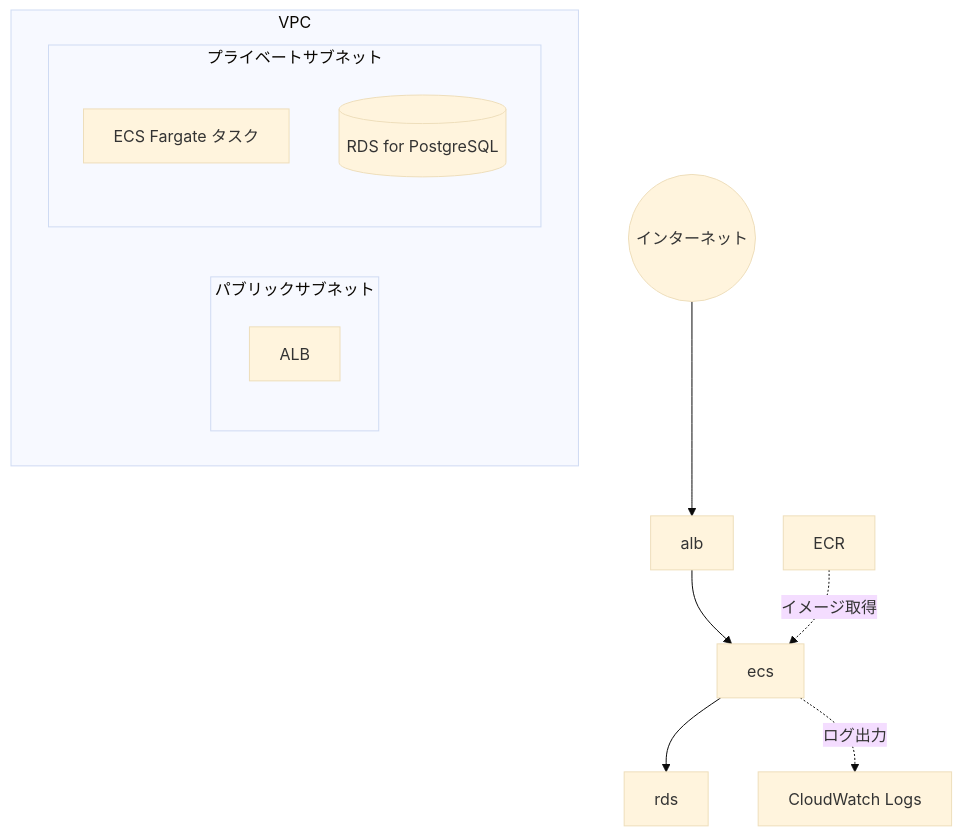
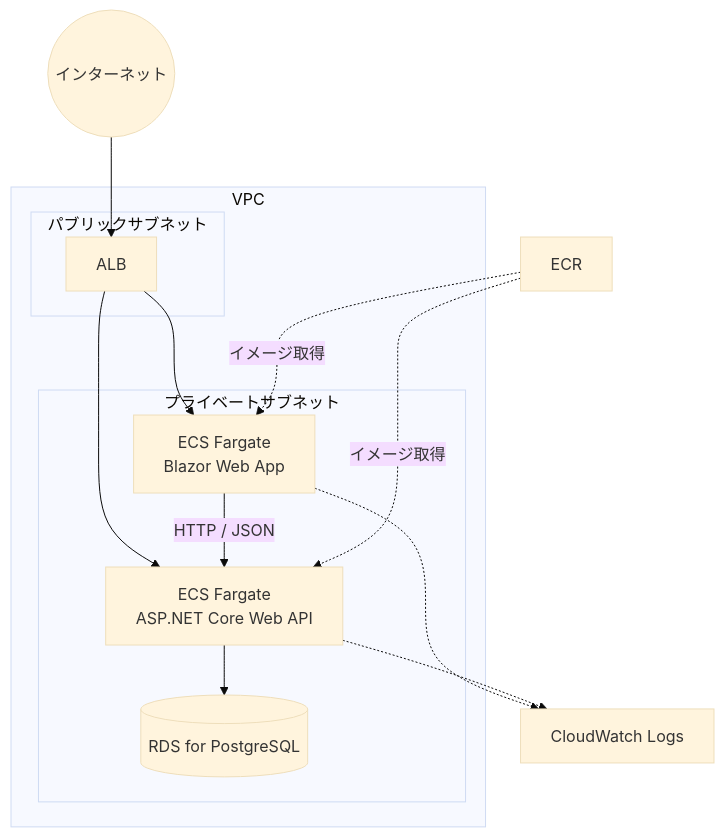
One commit to yogante/AideaInventoryMng changed the second of 3 diagrams in docs/01_system-overview.md. Above: the diagram before and after it, drawn with Mermaid (base theme). The commit also changed other lines of this file and 2 other files, not shown here.

````diff
--- a/docs/01_system-overview.md
+++ b/docs/01_system-overview.md
@@ -121,17 +183,30 @@
 ```mermaid
 flowchart TB
-  internet(("インターネット")) --> alb
-  subgraph vpc\["VPC"]
-    subgraph pub\["パブリックサブネット"]
-      alb\["ALB"]
+    internet(("インターネット"))
+    alb["ALB"]
+
+    subgraph vpc["VPC"]
+        subgraph pub["パブリックサブネット"]
+            alb
+        end
+
+        subgraph pri["プライベートサブネット"]
+            web["ECS Fargate<br/>Blazor Web App"]
+            api["ECS Fargate<br/>ASP.NET Core Web API"]
+            rds[("RDS for PostgreSQL")]
+        end
     end
-    subgraph pri\["プライベートサブネット"]
-      ecs\["ECS Fargate タスク"]
-      rds\[("RDS for PostgreSQL")]
-    end
-  end
-  alb --> ecs
-  ecs --> rds
-  ecr\["ECR"] -.->|イメージ取得| ecs
-  ecs -.->|ログ出力| cw\["CloudWatch Logs"]
+
+    ecr["ECR"]
+    cw["CloudWatch Logs"]
+
+    internet --> alb
+    alb --> web
+    alb --> api
+    web -->|"HTTP / JSON"| api
+    api --> rds
+    ecr -.->|"イメージ取得"| web
+    ecr -.->|"イメージ取得"| api
+    web -.-> cw
+    api -.-> cw
 ```
````
